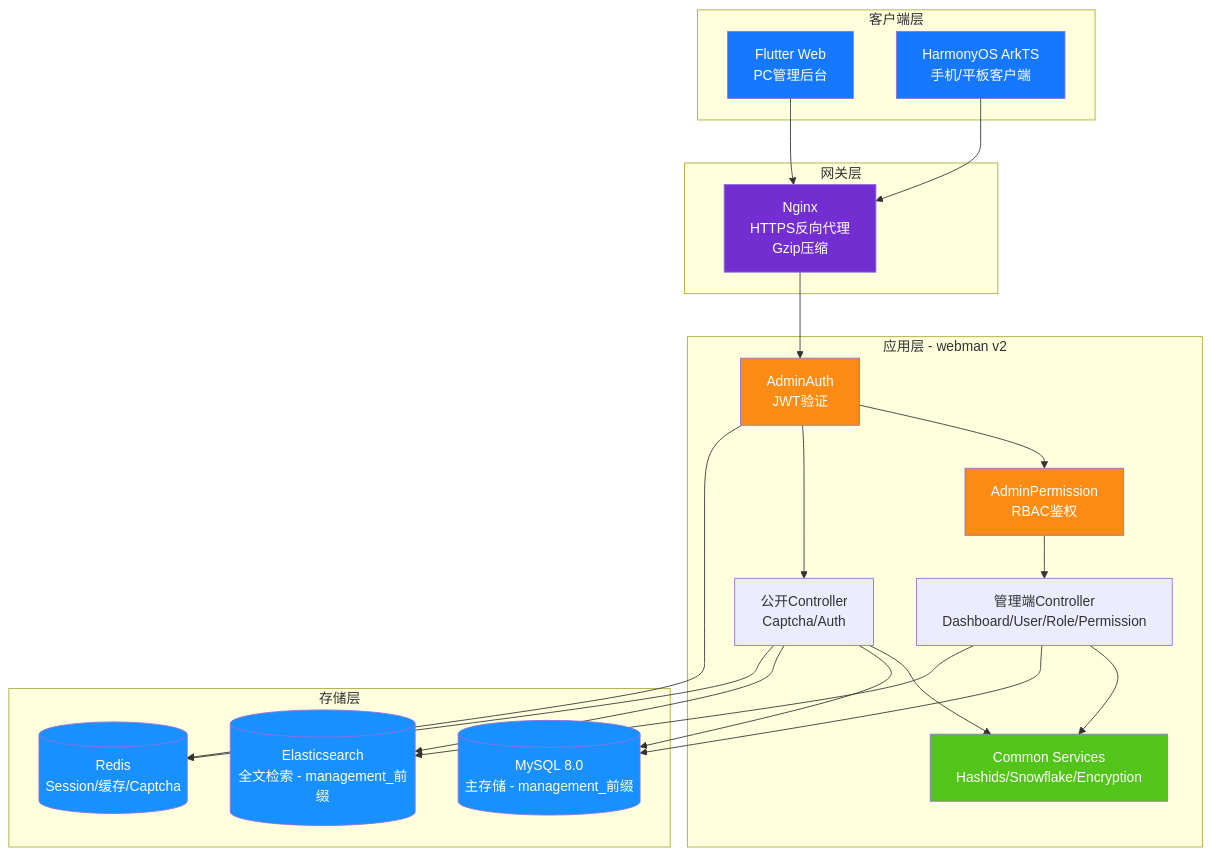
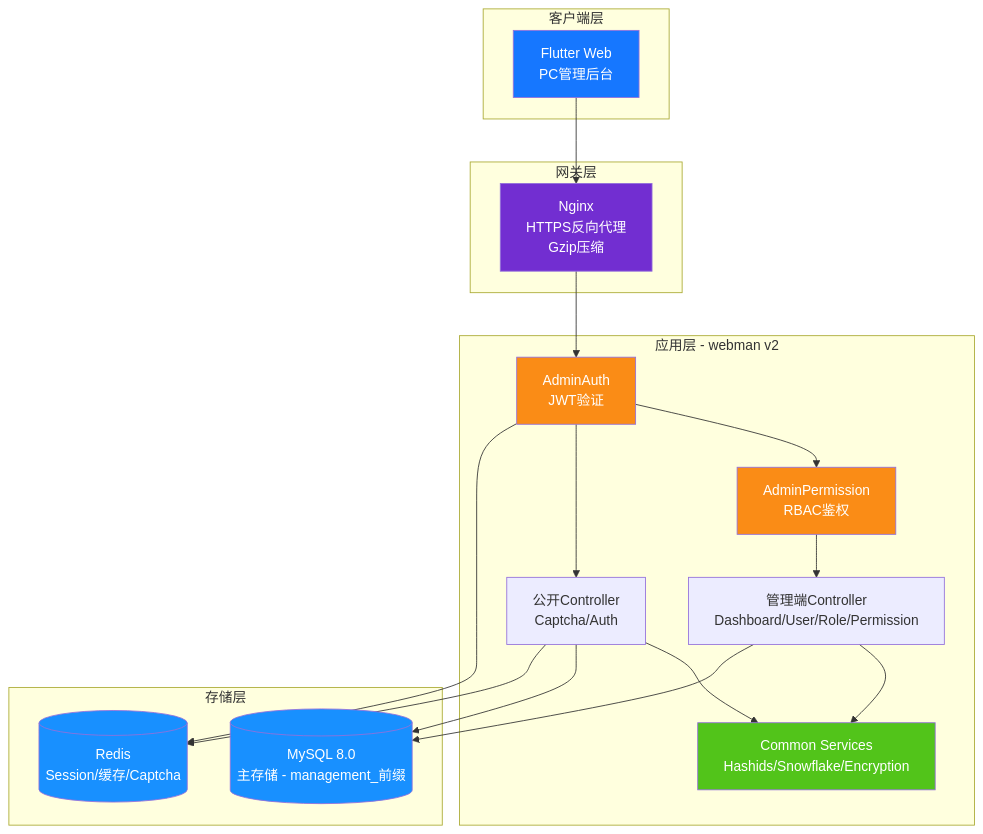
One commit to erikwang2013/property-management-platform changed the diagram in admin/docs/diagrams/01-system-architecture.md. Above: the diagram before and after it, drawn with Mermaid. The commit also changed other lines of this file and 261 other files, not shown here.

````diff
--- a/admin/docs/diagrams/01-system-architecture.md
+++ b/admin/docs/diagrams/01-system-architecture.md
@@ -3,50 +6,43 @@
 ```mermaid
 flowchart TB
     subgraph clients["客户端层"]
         flutter["Flutter Web<br/>PC管理后台"]
-        harmony["HarmonyOS ArkTS<br/>手机/平板客户端"]
     end
 
     subgraph gateway["网关层"]
         nginx["Nginx<br/>HTTPS反向代理<br/>Gzip压缩"]
     end
 
     subgraph app["应用层 - webman v2"]
         auth["AdminAuth<br/>JWT验证"]
         perm["AdminPermission<br/>RBAC鉴权"]
         admin["管理端Controller<br/>Dashboard/User/Role/Permission"]
         public["公开Controller<br/>Captcha/Auth"]
         common["Common Services<br/>Hashids/Snowflake/Encryption"]
     end
 
     subgraph storage["存储层"]
         mysql[("MySQL 8.0<br/>主存储 - management_前缀")]
-        es[("Elasticsearch<br/>全文检索 - management_前缀")]
         redis[("Redis<br/>Session/缓存/Captcha")]
     end
 
     flutter --> nginx
-    harmony --> nginx
     nginx --> auth
     auth --> perm
     perm --> admin
     auth --> public
     admin --> common
     public --> common
     admin --> mysql
     public --> mysql
-    admin --> es
-    public --> es
     auth --> redis
     public --> redis
 
     style flutter fill:#1677FF,color:#fff
-    style harmony fill:#1677FF,color:#fff
     style nginx fill:#722ED1,color:#fff
     style auth fill:#FA8C16,color:#fff
     style perm fill:#FA8C16,color:#fff
     style common fill:#52C41A,color:#fff
     style mysql fill:#1890FF,color:#fff
-    style es fill:#1890FF,color:#fff
     style redis fill:#1890FF,color:#fff
 ```
````
